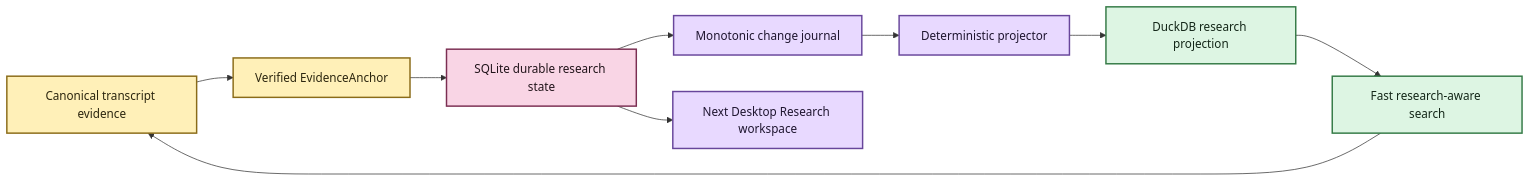
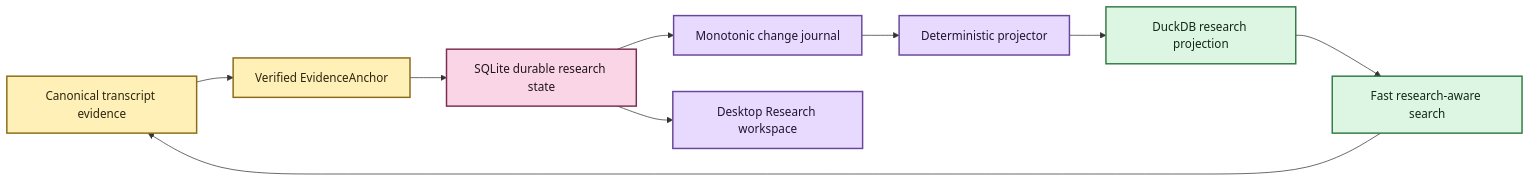
One commit to SSD1805/EchoFlow changed the diagram in docs/research-notes.md. Above: the diagram before and after it, drawn with Mermaid. The commit also changed other lines of this file and 5 other files, not shown here.

Commit message:
docs: audit desktop productization roadmap

````diff
--- a/docs/research-notes.md
+++ b/docs/research-notes.md
@@ -24,21 +24,21 @@
 ```mermaid
 flowchart LR
     A[Canonical transcript evidence] --> B[Verified EvidenceAnchor]
     B --> C[SQLite durable research state]
     C --> D[Monotonic change journal]
     D --> E[Deterministic projector]
     E --> F[DuckDB research projection]
     F --> G[Fast research-aware search]
     G --> A
-    C --> H[Next Desktop Research workspace]
+    C --> H[Desktop Research workspace]
 
     classDef evidence fill:#FFF0B8,stroke:#8A6B18,stroke-width:2px,color:#2C260F
     classDef source fill:#F9D5E5,stroke:#7B2E52,stroke-width:2px,color:#22151B
     classDef process fill:#E8D9FF,stroke:#68469B,stroke-width:2px,color:#1F1630
     classDef view fill:#DDF5E3,stroke:#347A46,stroke-width:2px,color:#142719
 
     class A,B evidence
     class C source
     class D,E,H process
     class F,G view
 ```
````
